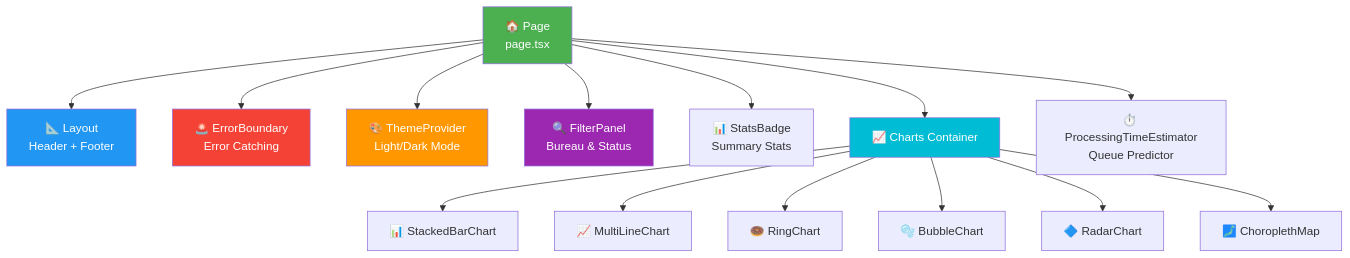
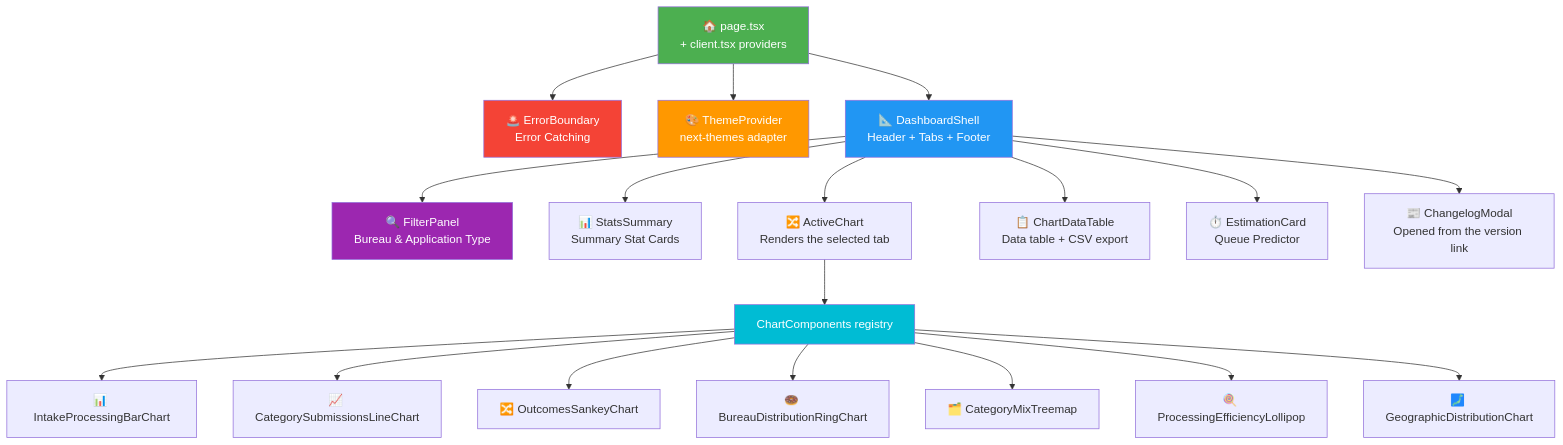
The sixth of 16 diagrams in ARCHITECTURE.md (RetroHazard/JP_Immigration_Dashboard), drawn with Mermaid before and after one commit. The commit also changed other lines of this file and 239 other files, not shown here.

````diff
--- a/ARCHITECTURE.md
+++ b/ARCHITECTURE.md
@@ -151,26 +174,31 @@
 ```mermaid
 graph TD
-    APP["🏠 Page<br/>page.tsx"]
+    APP["🏠 page.tsx<br/>+ client.tsx providers"]
     
-    APP --> LAYOUT["📐 Layout<br/>Header + Footer"]
     APP --> ERROR["🚨 ErrorBoundary<br/>Error Catching"]
-    APP --> THEME["🎨 ThemeProvider<br/>Light/Dark Mode"]
-    APP --> FILTER["🔍 FilterPanel<br/>Bureau & Status"]
-    APP --> STATS["📊 StatsBadge<br/>Summary Stats"]
-    APP --> CHARTS["📈 Charts Container"]
-    APP --> ESTIMATOR["⏱️ ProcessingTimeEstimator<br/>Queue Predictor"]
+    APP --> THEME["🎨 ThemeProvider<br/>next-themes adapter"]
+    APP --> SHELL["📐 DashboardShell<br/>Header + Tabs + Footer"]
     
-    CHARTS --> STACKED["📊 StackedBarChart"]
-    CHARTS --> MULTILINE["📈 MultiLineChart"]
-    CHARTS --> RING["🍩 RingChart"]
-    CHARTS --> BUBBLE["🫧 BubbleChart"]
-    CHARTS --> RADAR["🔷 RadarChart"]
-    CHARTS --> MAP["🗾 ChoroplethMap"]
+    SHELL --> FILTER["🔍 FilterPanel<br/>Bureau & Application Type"]
+    SHELL --> STATS["📊 StatsSummary<br/>Summary Stat Cards"]
+    SHELL --> ACTIVE["🔀 ActiveChart<br/>Renders the selected tab"]
+    SHELL --> TABLE["📋 ChartDataTable<br/>Data table + CSV export"]
+    SHELL --> ESTIMATOR["⏱️ EstimationCard<br/>Queue Predictor"]
+    SHELL --> CHANGELOG["📰 ChangelogModal<br/>Opened from the version link"]
+    
+    ACTIVE --> CHARTS["ChartComponents registry"]
+    CHARTS --> INTAKE["📊 IntakeProcessingBarChart"]
+    CHARTS --> TYPES["📈 CategorySubmissionsLineChart"]
+    CHARTS --> OUTCOMES["🔀 OutcomesSankeyChart"]
+    CHARTS --> SHARE["🍩 BureauDistributionRingChart"]
+    CHARTS --> MIX["🗂️ CategoryMixTreemap"]
+    CHARTS --> EFFICIENCY["🍭 ProcessingEfficiencyLollipop"]
+    CHARTS --> MAP["🗾 GeographicDistributionChart"]
     
     style APP fill:#4CAF50,color:#fff
-    style LAYOUT fill:#2196F3,color:#fff
+    style SHELL fill:#2196F3,color:#fff
     style ERROR fill:#F44336,color:#fff
     style THEME fill:#FF9800,color:#fff
     style FILTER fill:#9C27B0,color:#fff
     style CHARTS fill:#00BCD4,color:#fff
 ```
````
